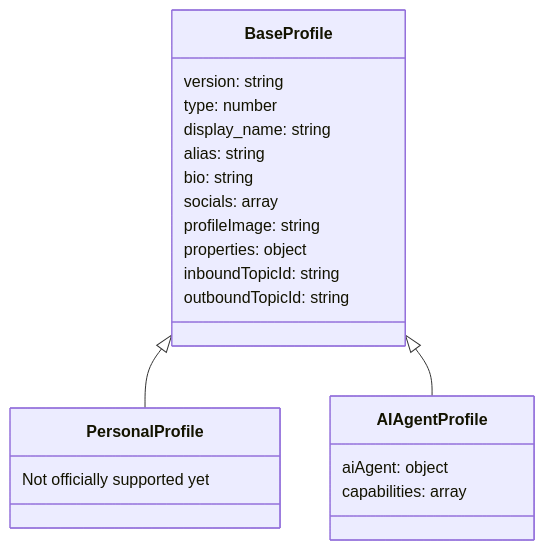
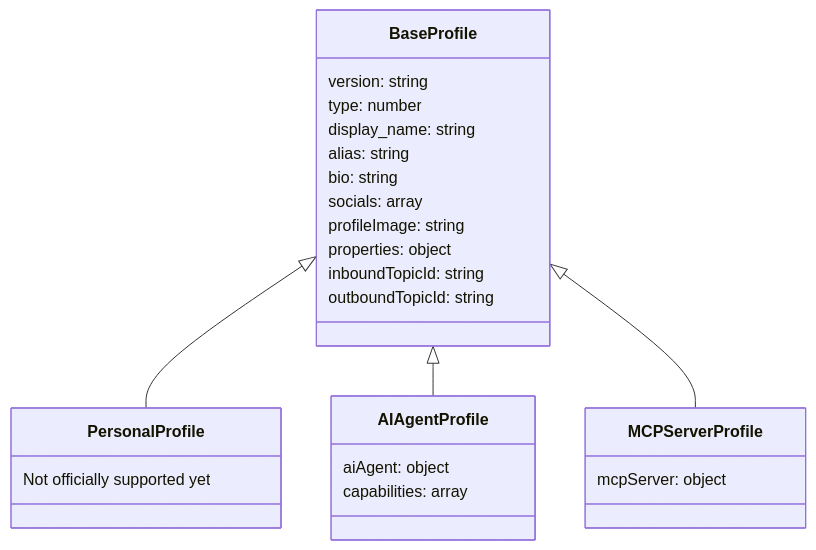
One commit to hashgraph-online/hcs-improvement-proposals changed the second of 4 diagrams in docs/standards/hcs-11.md. Above: the diagram before and after it, drawn with Mermaid. The commit also changed other lines of this file, not shown here.

Commit message:
docs: add mcp servers as profile type

````diff
--- a/docs/standards/hcs-11.md
+++ b/docs/standards/hcs-11.md
@@ -143,27 +145,32 @@
 ```mermaid
 classDiagram
     class BaseProfile {
         version: string
         type: number
         display_name: string
         alias: string
         bio: string
         socials: array
         profileImage: string
         properties: object
         inboundTopicId: string
         outboundTopicId: string
     }
 
     class PersonalProfile {
         Not officially supported yet
     }
 
     class AIAgentProfile {
         aiAgent: object
         capabilities: array
     }
+    
+    class MCPServerProfile {
+        mcpServer: object
+    }
 
     BaseProfile <|-- PersonalProfile
     BaseProfile <|-- AIAgentProfile
+    BaseProfile <|-- MCPServerProfile
 ```
````
